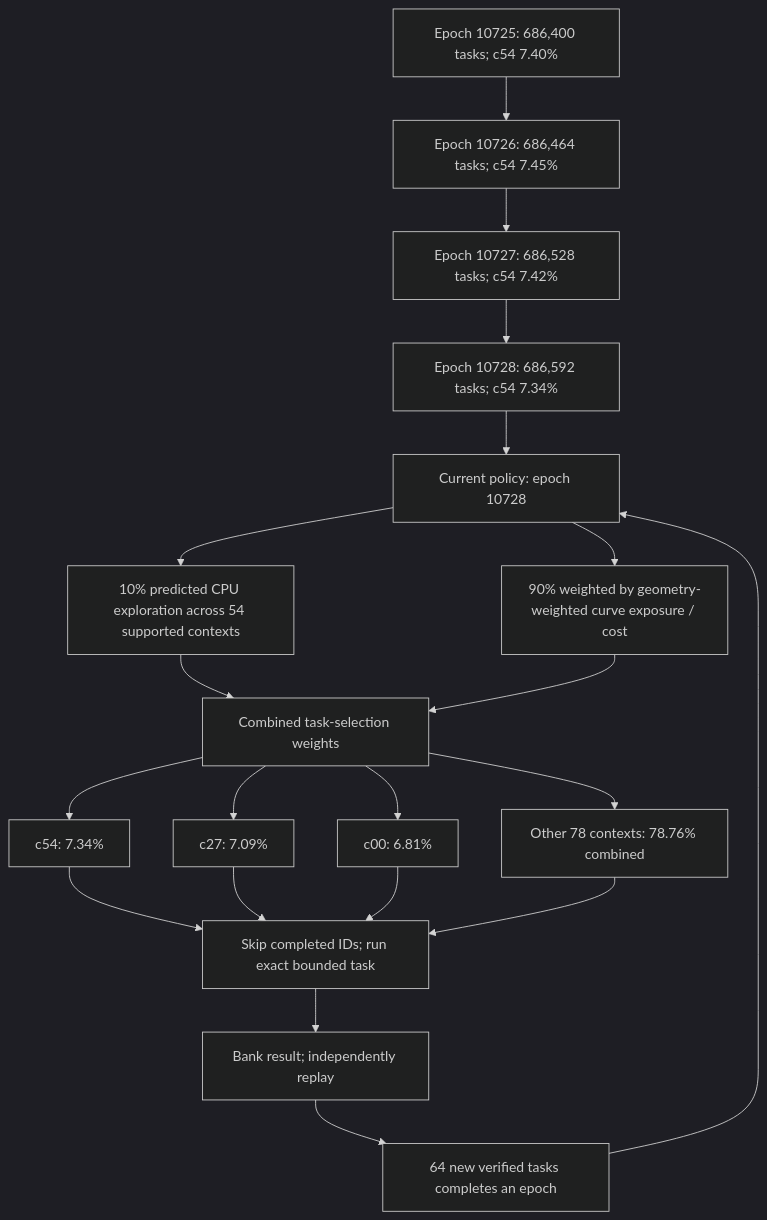
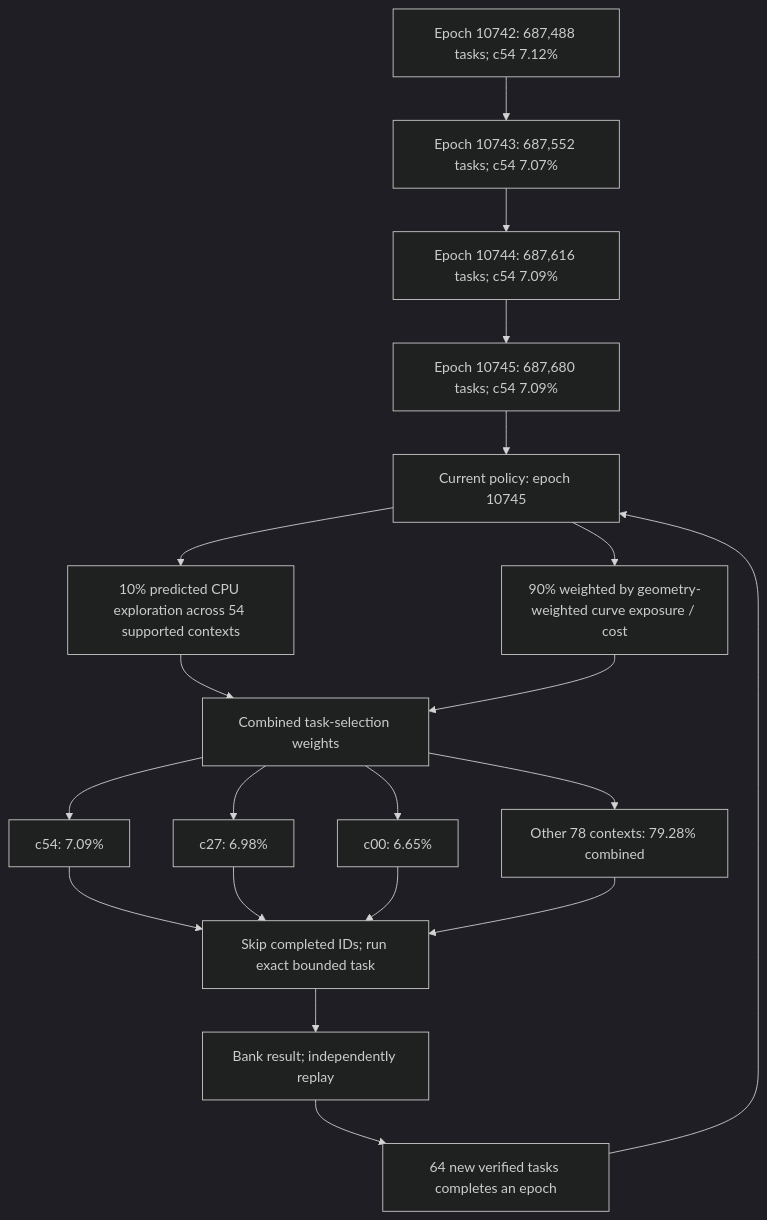
One commit to Kuberwastaken/math-gambling changed the first of 4 diagrams in README.md. Above: the diagram before and after it, drawn with Mermaid (dark theme). The commit also changed other lines of this file and 2448 other files, not shown here.

````diff
--- a/README.md
+++ b/README.md
@@ -60,27 +60,27 @@
 ```mermaid
 flowchart TD
-    H0["Epoch 10725: 686,400 tasks; c54 7.40%"]
-    H1["Epoch 10726: 686,464 tasks; c54 7.45%"]
+    H0["Epoch 10742: 687,488 tasks; c54 7.12%"]
+    H1["Epoch 10743: 687,552 tasks; c54 7.07%"]
     H0 --> H1
-    H2["Epoch 10727: 686,528 tasks; c54 7.42%"]
+    H2["Epoch 10744: 687,616 tasks; c54 7.09%"]
     H1 --> H2
-    H3["Epoch 10728: 686,592 tasks; c54 7.34%"]
+    H3["Epoch 10745: 687,680 tasks; c54 7.09%"]
     H2 --> H3
-    Policy["Current policy: epoch 10728"]
+    Policy["Current policy: epoch 10745"]
     H3 --> Policy
     Policy --> Explore["10% predicted CPU exploration across 54 supported contexts"]
     Policy --> Cost["90% weighted by geometry-weighted curve exposure / cost"]
     Explore --> Mix["Combined task-selection weights"]
     Cost --> Mix
-    Mix --> C0["c54: 7.34%"]
-    Mix --> C1["c27: 7.09%"]
-    Mix --> C2["c00: 6.81%"]
-    Mix --> Rest["Other 78 contexts: 78.76% combined"]
+    Mix --> C0["c54: 7.09%"]
+    Mix --> C1["c27: 6.98%"]
+    Mix --> C2["c00: 6.65%"]
+    Mix --> Rest["Other 78 contexts: 79.28% combined"]
     C0 --> Check["Skip completed IDs; run exact bounded task"]
     C1 --> Check
     C2 --> Check
     Rest --> Check
     Check --> Replay["Bank result; independently replay"]
     Replay --> Gate["64 new verified tasks completes an epoch"]
     Gate --> Policy
 ```
````
